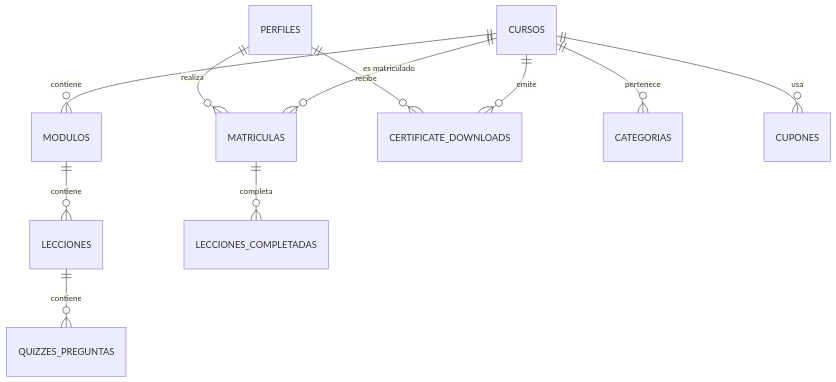
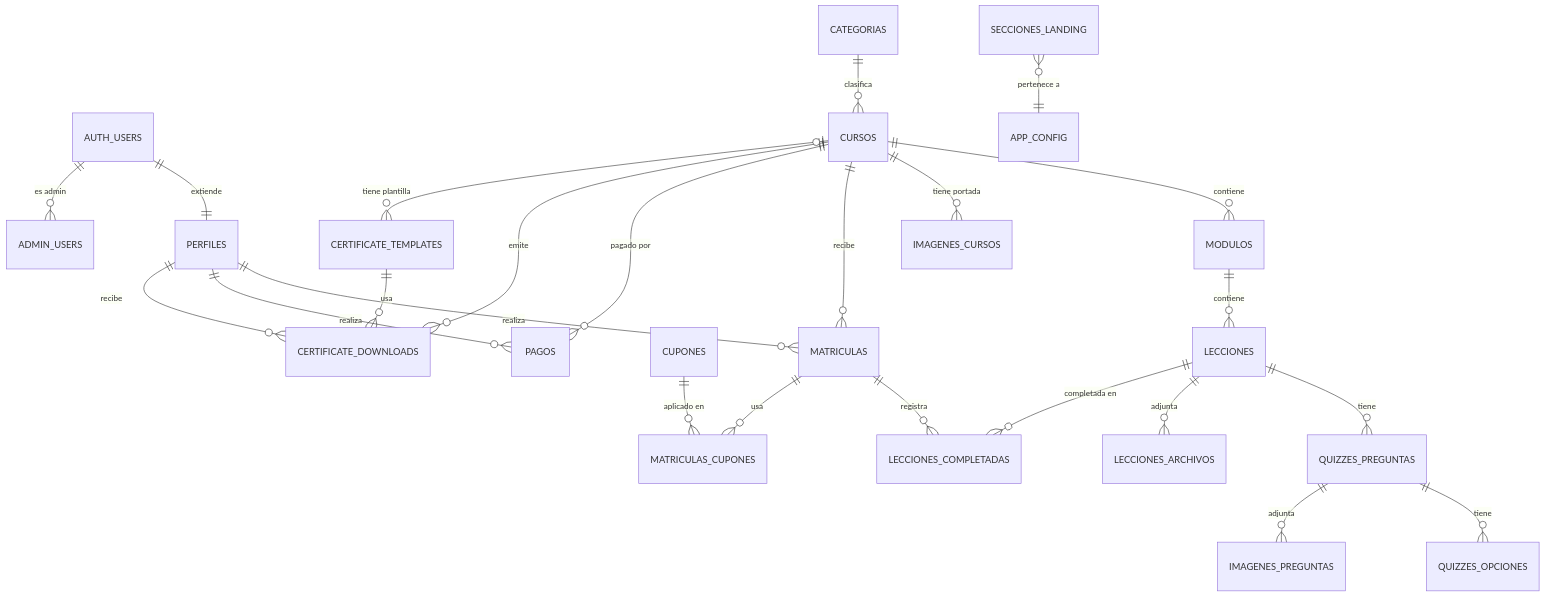
The diagram in ER_DIAGRAM.md (aldeacms/capacitar-crecer), drawn with Mermaid before and after one commit. The commit also changed other lines of this file and 1 other file, not shown here.

First line of the commit message:
docs: auditar y consolidar WBS v5.0 y ER_DIAGRAM v2.0 contra código real

````diff
--- a/ER_DIAGRAM.md
+++ b/ER_DIAGRAM.md
@@ -3,13 +8,40 @@
 ```mermaid
 erDiagram
+
+    %% ── Auth ──────────────────────────────────────────────────────
+    AUTH_USERS ||--|| PERFILES : "extiende"
+    AUTH_USERS ||--o{ ADMIN_USERS : "es admin"
+
+    %% ── Cursos y contenido ────────────────────────────────────────
+    CATEGORIAS ||--o{ CURSOS : "clasifica"
     CURSOS ||--o{ MODULOS : "contiene"
     MODULOS ||--o{ LECCIONES : "contiene"
-    CURSOS ||--o{ MATRICULAS : "es matriculado"
+    LECCIONES ||--o{ QUIZZES_PREGUNTAS : "tiene"
+    QUIZZES_PREGUNTAS ||--o{ QUIZZES_OPCIONES : "tiene"
+    QUIZZES_PREGUNTAS ||--o{ IMAGENES_PREGUNTAS : "adjunta"
+    LECCIONES ||--o{ LECCIONES_ARCHIVOS : "adjunta"
+    CURSOS ||--o{ IMAGENES_CURSOS : "tiene portada"
+
+    %% ── Matrículas y progreso ─────────────────────────────────────
     PERFILES ||--o{ MATRICULAS : "realiza"
-    MATRICULAS ||--o{ LECCIONES_COMPLETADAS : "completa"
-    LECCIONES ||--o{ QUIZZES_PREGUNTAS : "contiene"
+    CURSOS ||--o{ MATRICULAS : "recibe"
+    MATRICULAS ||--o{ LECCIONES_COMPLETADAS : "registra"
+    LECCIONES ||--o{ LECCIONES_COMPLETADAS : "completada en"
+
+    %% ── Cupones ───────────────────────────────────────────────────
+    CUPONES ||--o{ MATRICULAS_CUPONES : "aplicado en"
+    MATRICULAS ||--o{ MATRICULAS_CUPONES : "usa"
+
+    %% ── Pagos ─────────────────────────────────────────────────────
+    PERFILES ||--o{ PAGOS : "realiza"
+    CURSOS ||--o{ PAGOS : "pagado por"
+
+    %% ── Certificados ──────────────────────────────────────────────
+    PERFILES ||--o{ CERTIFICATE_DOWNLOADS : "recibe"
     CURSOS ||--o{ CERTIFICATE_DOWNLOADS : "emite"
-    PERFILES ||--o{ CERTIFICATE_DOWNLOADS : "recibe"
-    CURSOS ||--o{ CATEGORIAS : "pertenece"
-    CURSOS ||--o{ CUPONES : "usa"
+    CERTIFICATE_TEMPLATES ||--o{ CERTIFICATE_DOWNLOADS : "usa"
+    CURSOS |o--o{ CERTIFICATE_TEMPLATES : "tiene plantilla"
+
+    %% ── CMS ───────────────────────────────────────────────────────
+    SECCIONES_LANDING }o--|| APP_CONFIG : "pertenece a"
 ```
````
